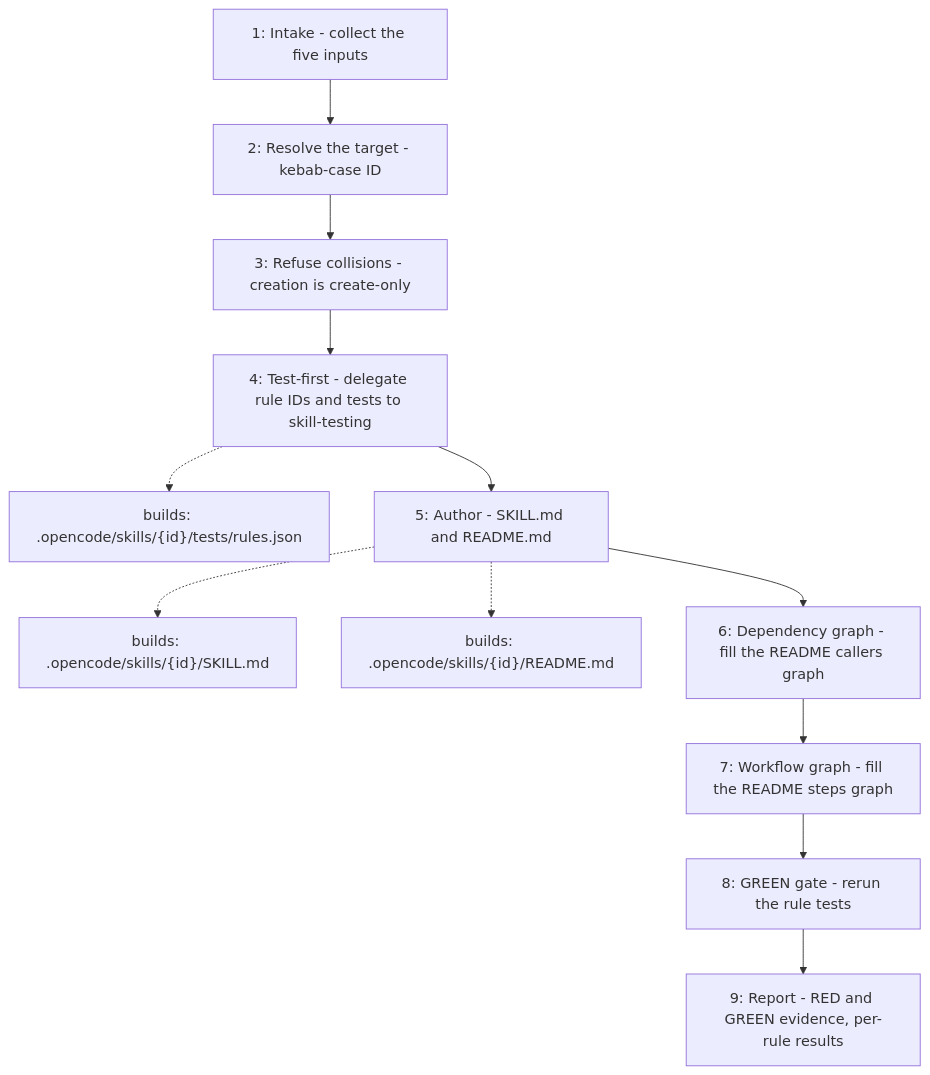
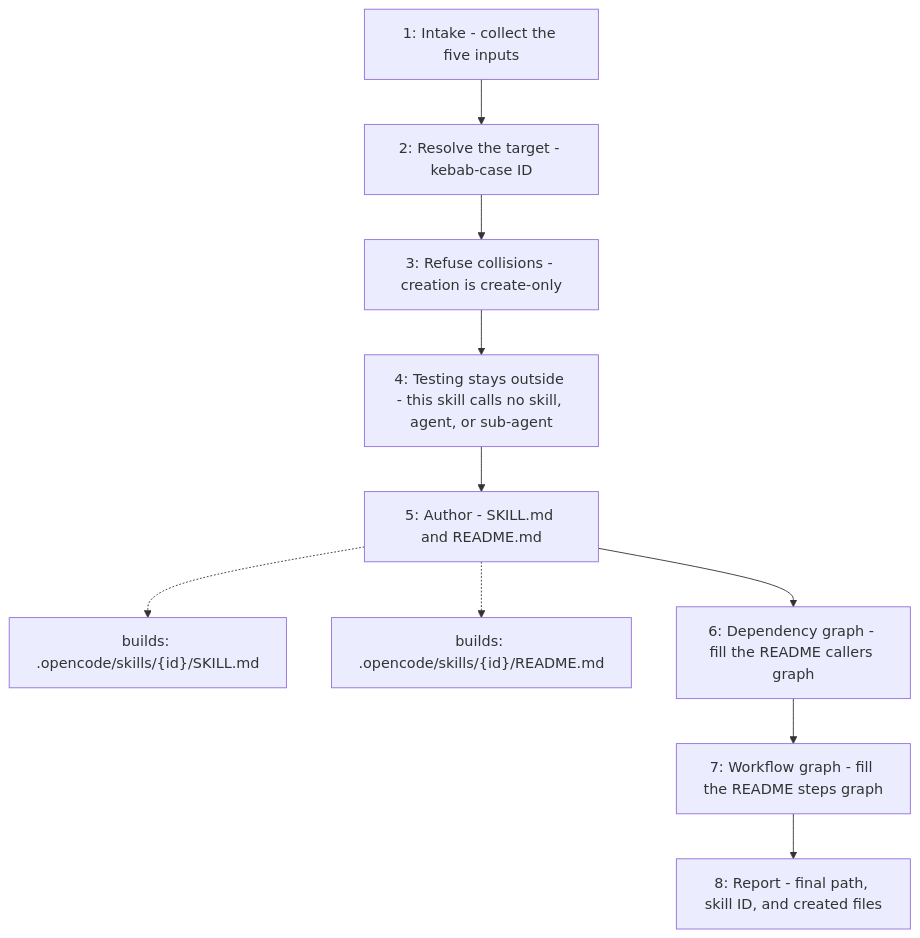
Before and after one commit to kevin-llps/payments-hexagonal-architecture-migration-challenge: the second of 2 diagrams in realistic-mess-based-on-jpa-entities-challenge/.opencode/skills/skill-creator/README.md, drawn with Mermaid. The commit also changed other lines of this file and 2 other files, not shown here.

First line of the commit message:
skill-creator: stop coupling to skill-testing and other agents

````diff
--- a/realistic-mess-based-on-jpa-entities-challenge/.opencode/skills/skill-creator/README.md
+++ b/realistic-mess-based-on-jpa-entities-challenge/.opencode/skills/skill-creator/README.md
@@ -30,14 +26,12 @@
 ```mermaid
 graph TD
     S1["1: Intake - collect the five inputs"] --> S2["2: Resolve the target - kebab-case ID"]
     S2 --> S3["3: Refuse collisions - creation is create-only"]
-    S3 --> S4["4: Test-first - delegate rule IDs and tests to skill-testing"]
-    S4 -.-> F1["builds: .opencode/skills/{id}/tests/rules.json"]
+    S3 --> S4["4: Testing stays outside - this skill calls no skill, agent, or sub-agent"]
     S4 --> S5["5: Author - SKILL.md and README.md"]
     S5 -.-> F2["builds: .opencode/skills/{id}/SKILL.md"]
     S5 -.-> F3["builds: .opencode/skills/{id}/README.md"]
     S5 --> S6["6: Dependency graph - fill the README callers graph"]
     S6 --> S7["7: Workflow graph - fill the README steps graph"]
-    S7 --> S8["8: GREEN gate - rerun the rule tests"]
-    S8 --> S9["9: Report - RED and GREEN evidence, per-rule results"]
+    S7 --> S8["8: Report - final path, skill ID, and created files"]
 ```
````
